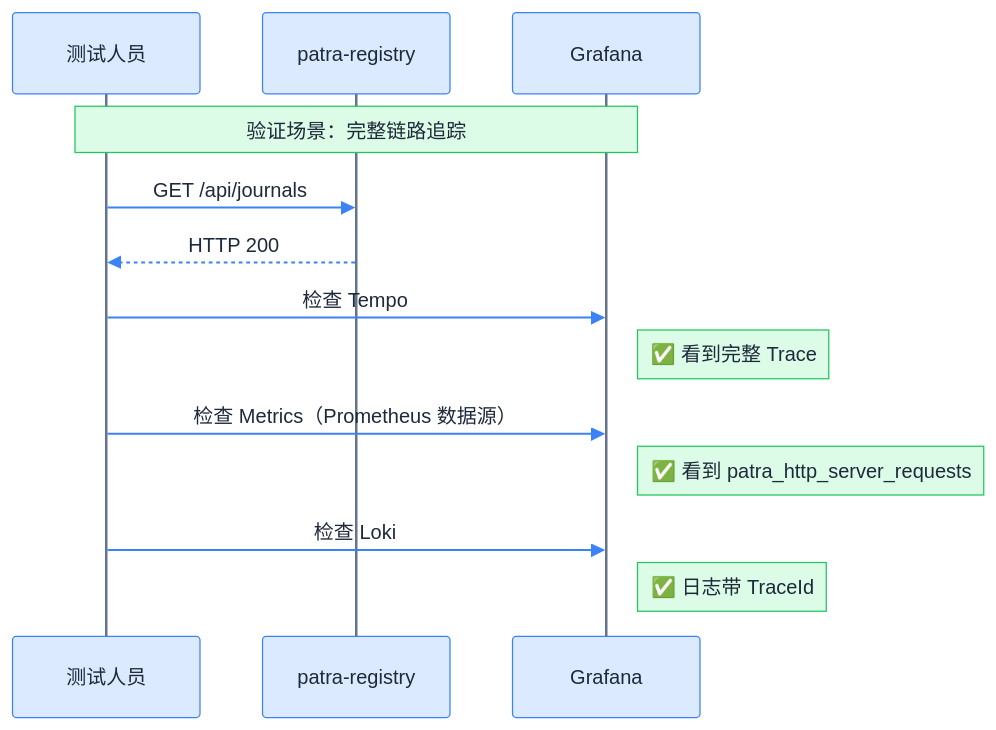
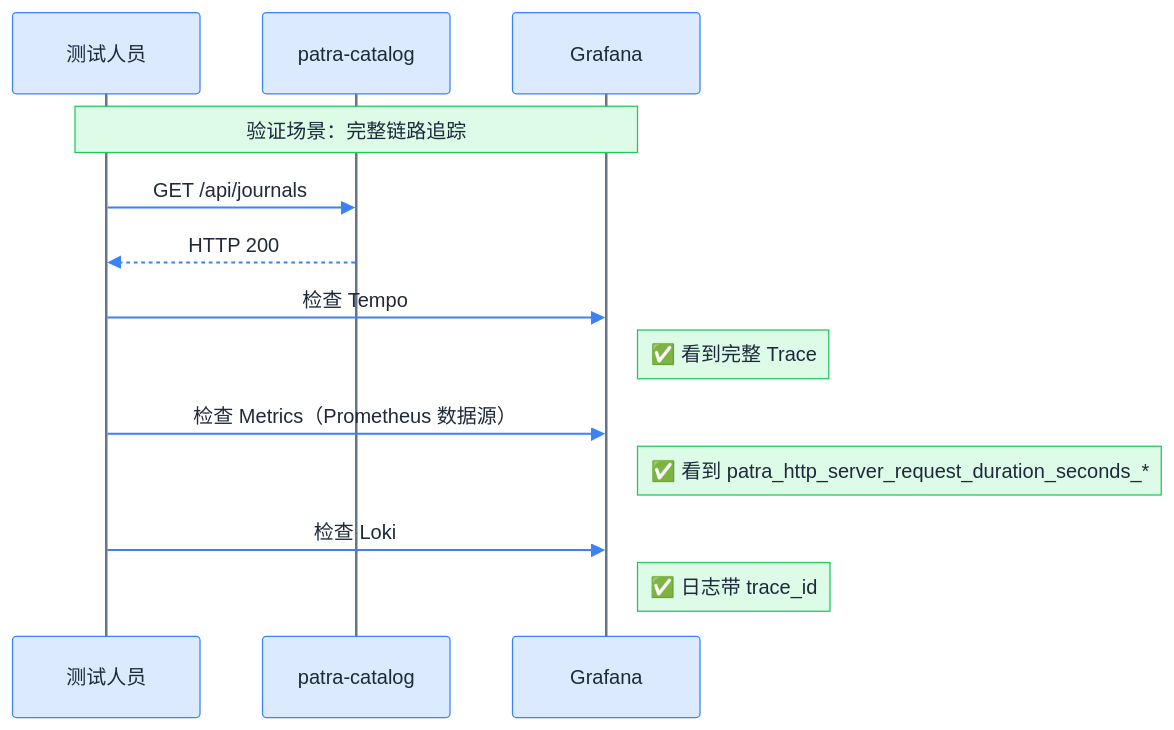
Before and after one commit to linqibin0826/patra: the second of 3 diagrams in patra-api/docs/designs/observability/07-implementation-roadmap.md, drawn with Mermaid. The commit also changed other lines of this file and 8 other files, not shown here.

````diff
--- a/patra-api/docs/designs/observability/07-implementation-roadmap.md
+++ b/patra-api/docs/designs/observability/07-implementation-roadmap.md
@@ -240,35 +282,35 @@
 ```mermaid
 %%{init: {
   'theme': 'base',
   'themeVariables': {
     'primaryColor': '#dbeafe',
     'primaryTextColor': '#1e293b',
     'primaryBorderColor': '#3b82f6',
     'lineColor': '#64748b',
     'actorLineColor': '#64748b',
     'signalColor': '#3b82f6',
     'signalTextColor': '#1e293b',
     'noteBkgColor': '#dcfce7',
     'noteTextColor': '#1e293b',
     'noteBorderColor': '#22c55e'
   }
 }}%%
 sequenceDiagram
     participant Tester as 测试人员
-    participant Registry as patra-registry
+    participant Catalog as patra-catalog
     participant Grafana as Grafana
 
     Note over Tester,Grafana: 验证场景：完整链路追踪
 
-    Tester->>Registry: GET /api/journals
-    Registry-->>Tester: HTTP 200
+    Tester->>Catalog: GET /api/journals
+    Catalog-->>Tester: HTTP 200
 
     Tester->>Grafana: 检查 Tempo
     Note right of Grafana: ✅ 看到完整 Trace
 
     Tester->>Grafana: 检查 Metrics（Prometheus 数据源）
-    Note right of Grafana: ✅ 看到 patra_http_server_requests
+    Note right of Grafana: ✅ 看到 patra_http_server_request_duration_seconds_*
 
     Tester->>Grafana: 检查 Loki
-    Note right of Grafana: ✅ 日志带 TraceId
+    Note right of Grafana: ✅ 日志带 trace_id
 ```
````
